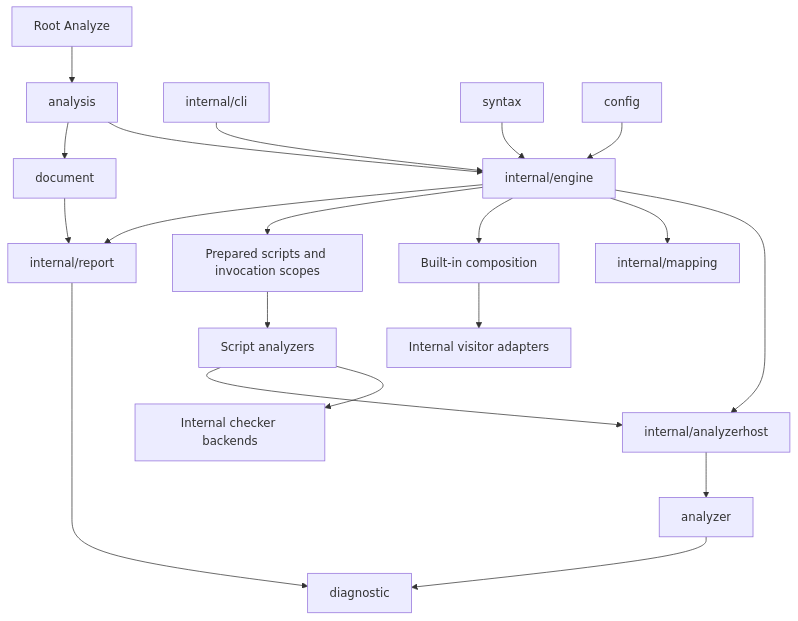
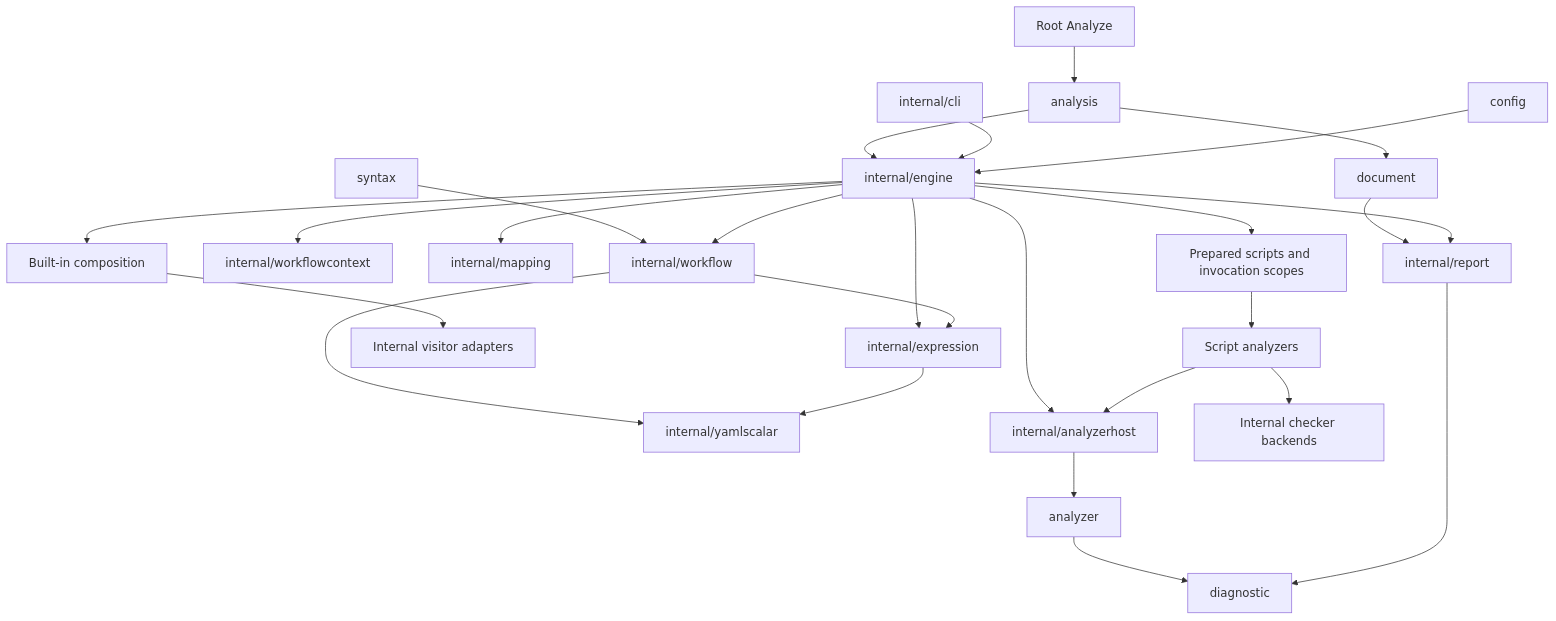
The first of 2 diagrams in docs/design/analysis-contracts.md (kjanat/actionlint), drawn with Mermaid before and after one commit. The commit also changed other lines of this file and 236 other files, not shown here.

````diff
--- a/docs/design/analysis-contracts.md
+++ b/docs/design/analysis-contracts.md
@@ -23,22 +25,28 @@
 ```mermaid
 flowchart TD
     Root[Root Analyze] --> API[analysis]
     API --> Engine[internal/engine]
     CLI[internal/cli] --> Engine
-    Syntax[syntax] --> Engine
+    Syntax[syntax] --> Workflow[internal/workflow]
+    Engine --> Workflow
+    Engine --> Expressions[internal/expression]
+    Workflow --> Expressions
+    Engine --> Contexts[internal/workflowcontext]
+    Workflow --> Scalars[internal/yamlscalar]
+    Expressions --> Scalars
     Config[config] --> Engine
     Engine --> Host[internal/analyzerhost]
     Engine --> Mapping[internal/mapping]
     Factory[Built-in composition] --> Adapters[Internal visitor adapters]
     Engine --> Factory
     Host --> Contract[analyzer]
     Contract --> Diagnostic[diagnostic]
     Engine --> Prepared[Prepared scripts and invocation scopes]
     Prepared --> Checks[Script analyzers]
     Checks --> Backends[Internal checker backends]
     Checks --> Host
     API --> Documents[document]
     Documents --> Models[internal/report]
     Engine --> Models
     Models --> Diagnostic
 ```
````
